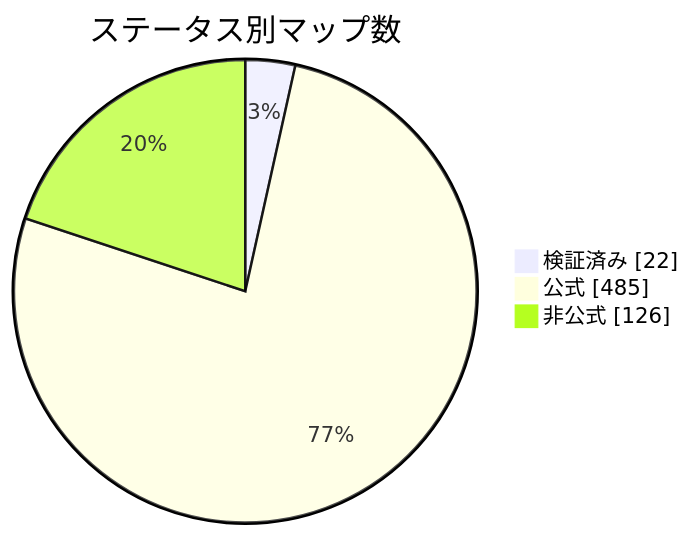
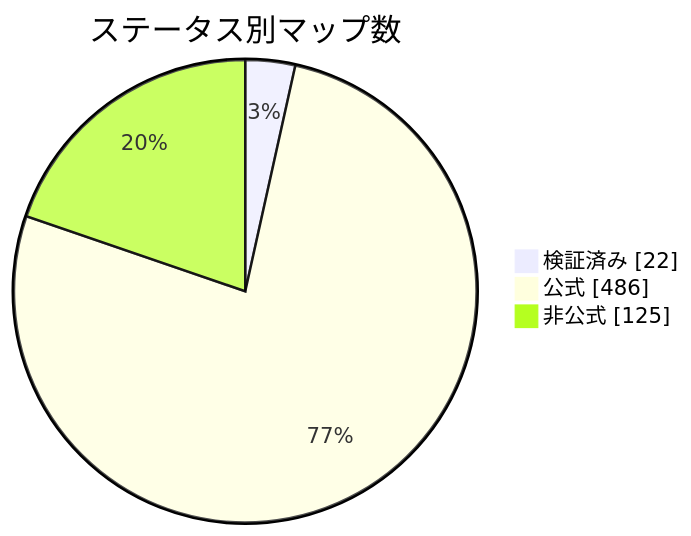
Before and after one commit to nobrega8/mbmap-library: the diagram in docs/readme/README_JP.md, drawn with Mermaid. The commit also changed 6 other files, not shown here.

````diff
--- a/docs/readme/README_JP.md
+++ b/docs/readme/README_JP.md
@@ -54,7 +54,7 @@
 ```mermaid
 pie showData
     title ステータス別マップ数
     "検証済み" : 22
-    "公式" : 485
-    "非公式" : 126
+    "公式" : 486
+    "非公式" : 125
 ```
````
